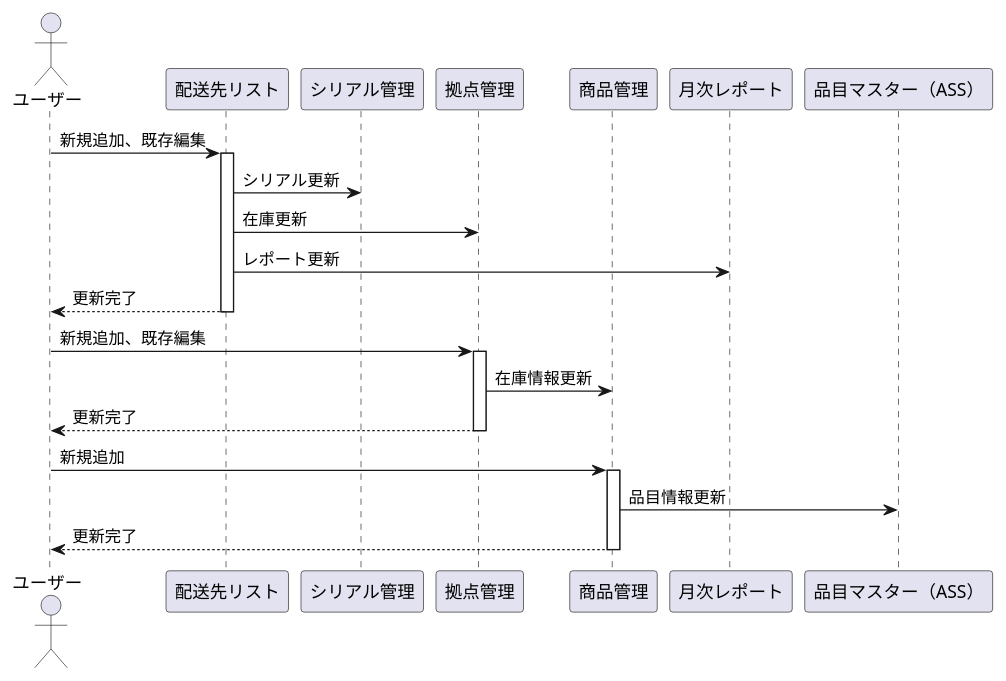
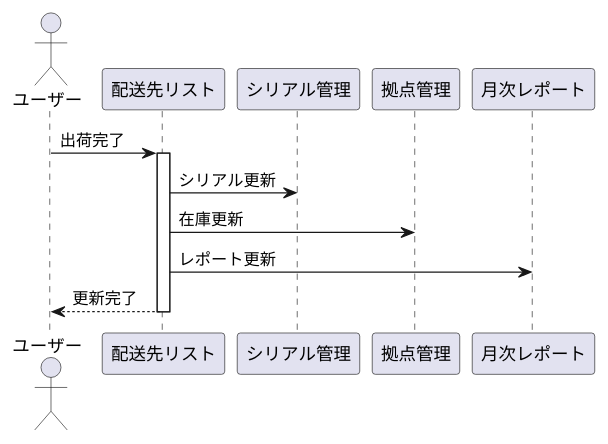
The diagram in docs/シーケンス図/シーケンス図.md (kintone-dev/kintone_mng-prod), drawn with PlantUML before and after one commit. The commit also changed 3 other files, not shown here.

````diff
--- a/docs/シーケンス図/シーケンス図.md
+++ b/docs/シーケンス図/シーケンス図.md
@@ -7,25 +7,17 @@
 ```plantuml
 @startuml
 
-actor ユーザー as user
+actor ユーザー as user1
 participant "配送先リスト" as delivery
 participant "シリアル管理" as snum
 participant "拠点管理" as unit
-participant "商品管理" as device
 participant "月次レポート" as report
-participant "品目マスター（ASS）" as item
 
-user -> delivery++: 新規追加、既存編集
+user1 -> delivery++: 出荷完了
   delivery -> snum: シリアル更新
   delivery -> unit: 在庫更新
   delivery -> report: レポート更新
 return 更新完了
-user -> unit++: 新規追加、既存編集
-  unit -> device: 在庫情報更新
-return 更新完了
-user -> device++: 新規追加
-  device -> item: 品目情報更新
-return 更新完了
 
 @enduml
 ```
````
